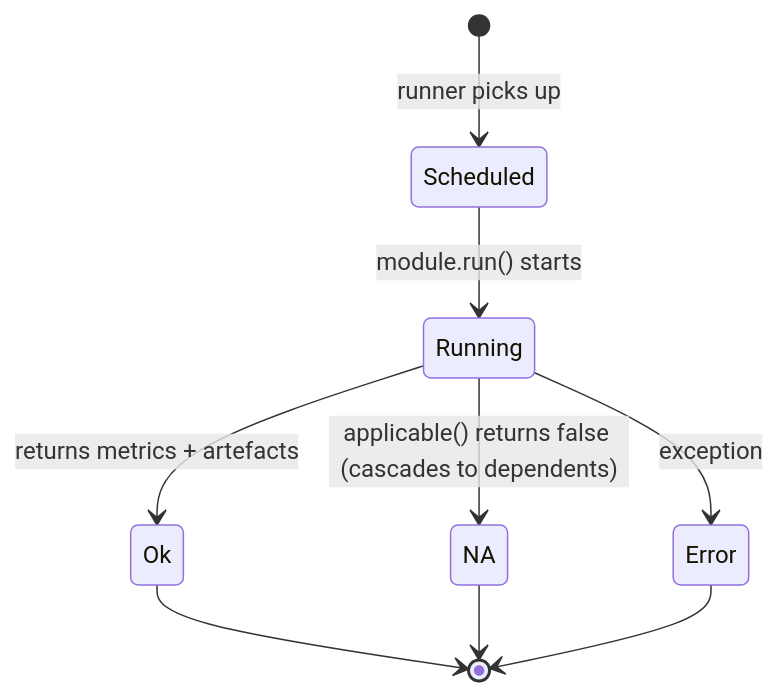
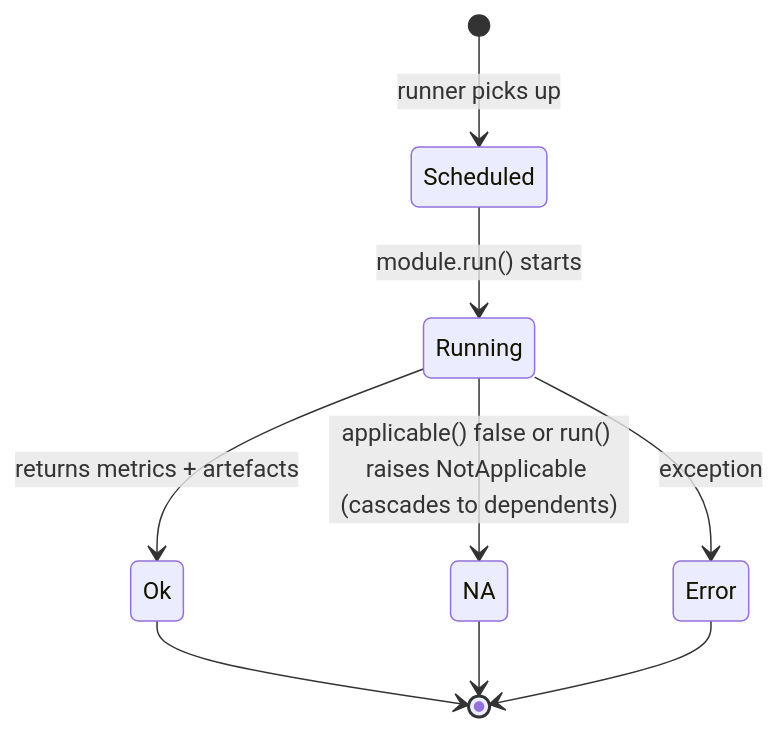
One commit to olistroemer/Thesis_Text_Analyzer changed the seventh of 8 diagrams in docs/SDD.md. Above: the diagram before and after it, drawn with Mermaid. The commit also changed other lines of this file and 39 other files, not shown here.

````diff
--- a/docs/SDD.md
+++ b/docs/SDD.md
@@ -396,11 +403,11 @@
 ```mermaid
 stateDiagram-v2
     [*] --> Scheduled : runner picks up
     Scheduled --> Running : module.run() starts
     Running --> Ok : returns metrics + artefacts
-    Running --> NA : applicable() returns false (cascades to dependents)
+    Running --> NA : applicable() false or run() raises NotApplicable (cascades to dependents)
     Running --> Error : exception
     Ok --> [*]
     NA --> [*]
     Error --> [*]
 ```
````
